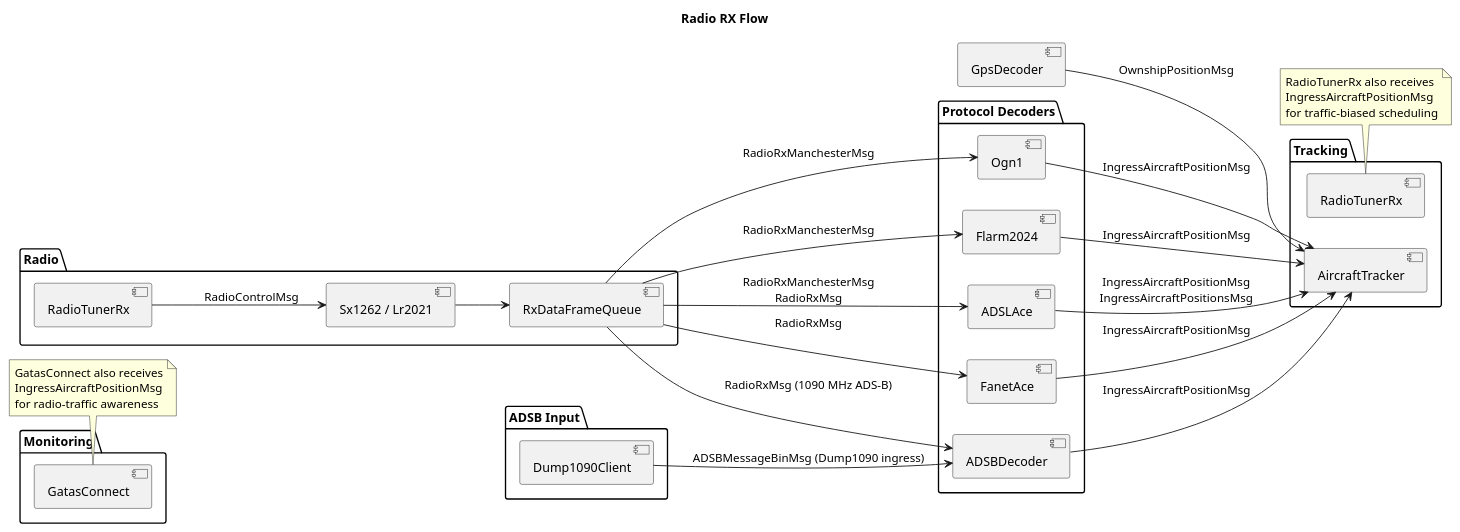
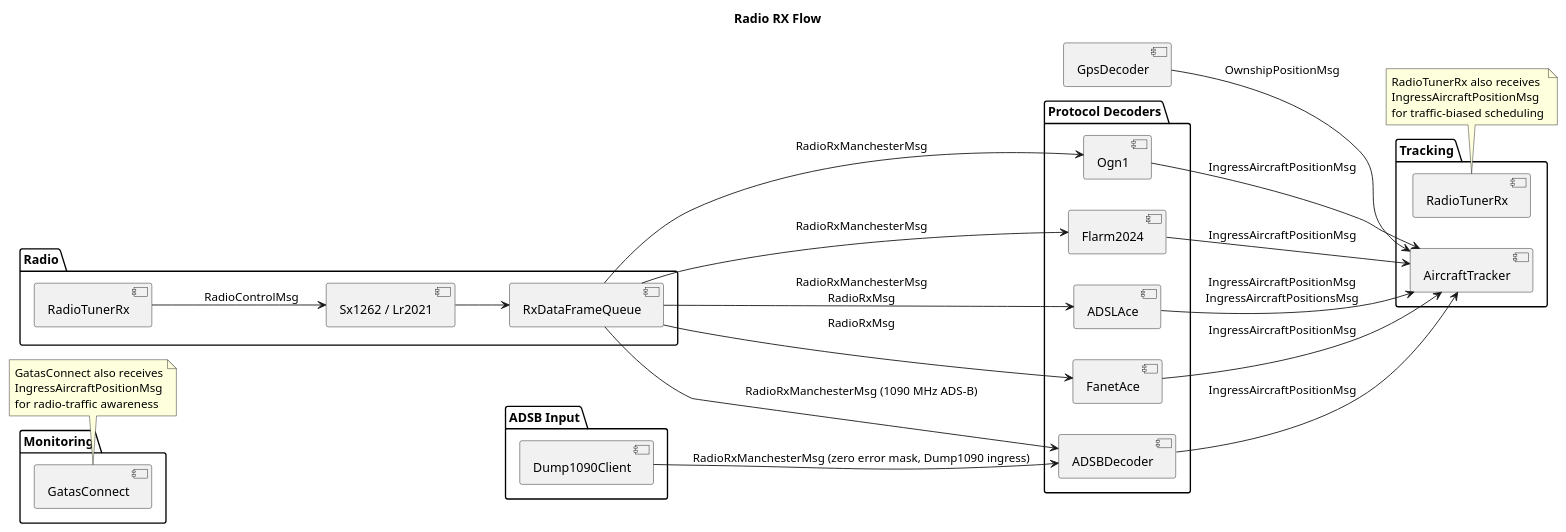
Before and after one commit to gatasConspicuity/gatas: the third of 7 diagrams in doc/message-bus.md, drawn with PlantUML. The commit also changed other lines of this file and 17 other files, not shown here.

````diff
--- a/doc/message-bus.md
+++ b/doc/message-bus.md
@@ -228,59 +228,59 @@
 ```plantuml
 
 ' =====================================================================
 ' RADIO RX FLOW
 ' =====================================================================
 @startuml
 title Radio RX Flow
 
 left to right direction
 
 package "Radio" {
     [Sx1262 / Lr2021]
     [RxDataFrameQueue]
     [RadioTunerRx]
 }
 
 package "ADSB Input" {
     [Dump1090Client]
 }
 
 package "Protocol Decoders" {
     [Ogn1]
     [Flarm2024]
     [ADSLAce]
     [FanetAce]
     [ADSBDecoder]
 }
 
 package "Tracking" {
     [AircraftTracker]
     [RadioTunerRx] as RTRx2
 }
 
 package "Monitoring" {
     [GatasConnect]
 }
 
 [RadioTunerRx] --> [Sx1262 / Lr2021] : RadioControlMsg
 [Sx1262 / Lr2021] --> [RxDataFrameQueue]
 [RxDataFrameQueue] --> [Ogn1] : RadioRxManchesterMsg
 [RxDataFrameQueue] --> [Flarm2024] : RadioRxManchesterMsg
 [RxDataFrameQueue] --> [ADSLAce] : RadioRxManchesterMsg\nRadioRxMsg
 [RxDataFrameQueue] --> [FanetAce] : RadioRxMsg
-[RxDataFrameQueue] --> [ADSBDecoder] : RadioRxMsg (1090 MHz ADS-B)
-[Dump1090Client] --> [ADSBDecoder] : ADSBMessageBinMsg (Dump1090 ingress)
+[RxDataFrameQueue] --> [ADSBDecoder] : RadioRxManchesterMsg (1090 MHz ADS-B)
+[Dump1090Client] --> [ADSBDecoder] : RadioRxManchesterMsg (zero error mask, Dump1090 ingress)
 
 [Ogn1] --> [AircraftTracker] : IngressAircraftPositionMsg
 [Flarm2024] --> [AircraftTracker] : IngressAircraftPositionMsg
 [ADSLAce] --> [AircraftTracker] : IngressAircraftPositionMsg\nIngressAircraftPositionsMsg
 [FanetAce] --> [AircraftTracker] : IngressAircraftPositionMsg
 [ADSBDecoder] --> [AircraftTracker] : IngressAircraftPositionMsg
 [GpsDecoder] --> [AircraftTracker] : OwnshipPositionMsg
 
 note bottom of GatasConnect : GatasConnect also receives\nIngressAircraftPositionMsg\nfor radio-traffic awareness
 
 note bottom of RTRx2 : RadioTunerRx also receives\nIngressAircraftPositionMsg\nfor traffic-biased scheduling
 
 @enduml
 ```
````
